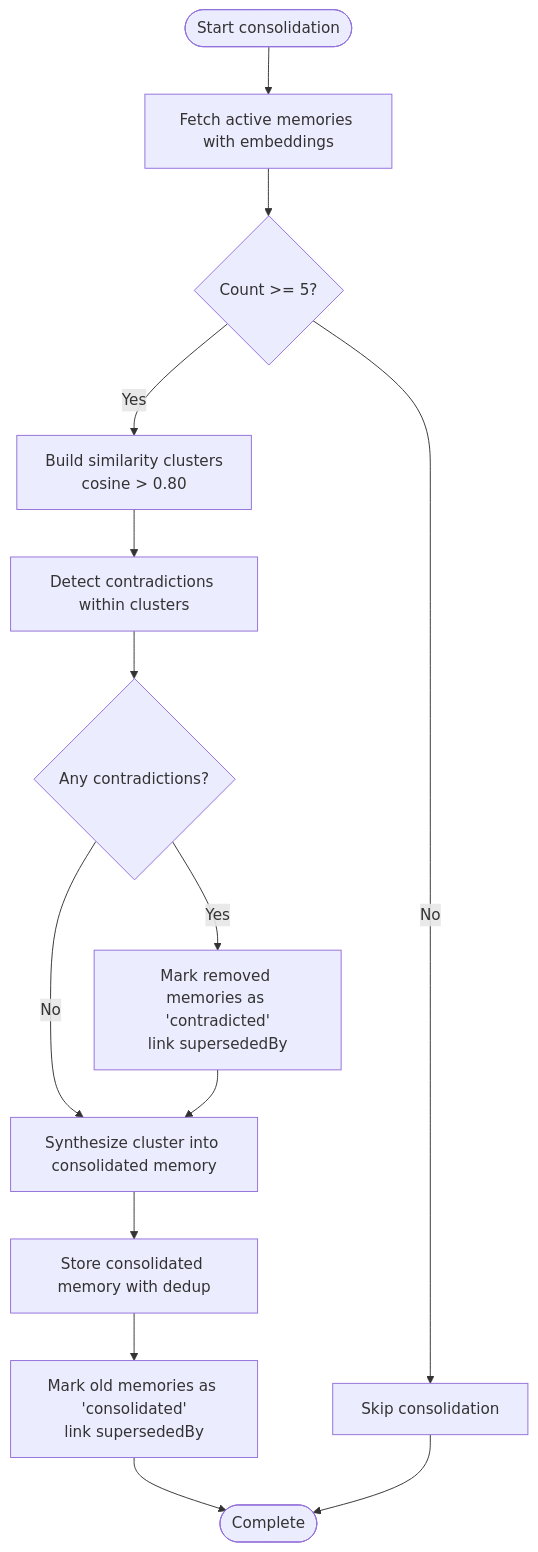
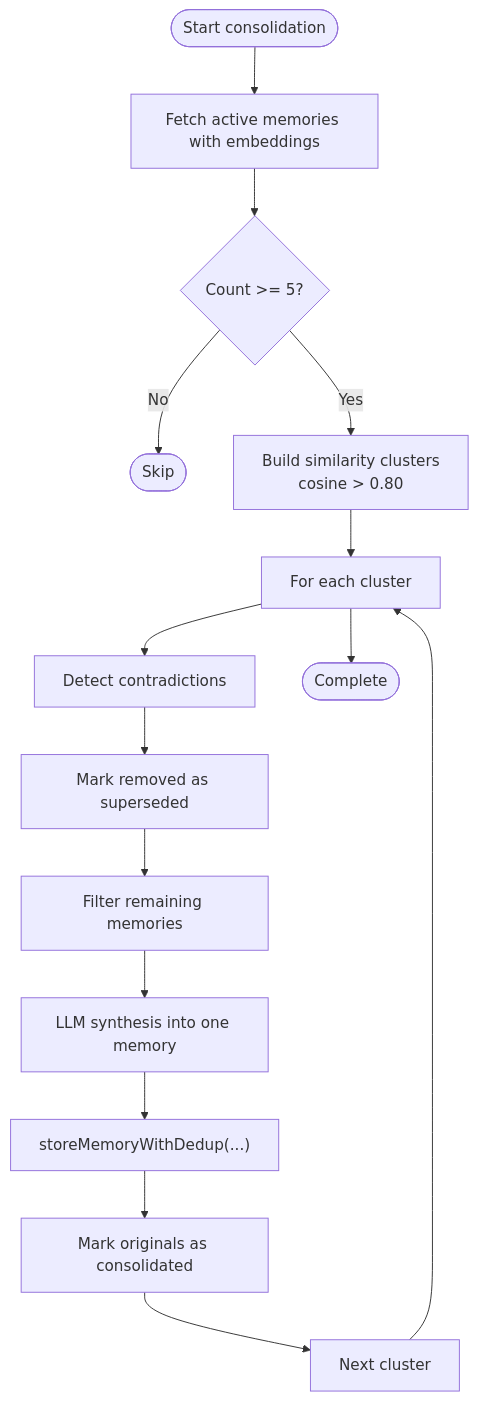
One commit to statgod6/4ever changed the third of 6 diagrams in .qoder/repowiki/en/content/Core Features/Thought & Memory System/Memory Consolidation & Retrieval.md. Above: the diagram before and after it, drawn with Mermaid. The commit also changed other lines of this file and 116 other files, not shown here.

````diff
--- a/.qoder/repowiki/en/content/Core Features/Thought & Memory System/Memory Consolidation & Retrieval.md
+++ b/.qoder/repowiki/en/content/Core Features/Thought & Memory System/Memory Consolidation & Retrieval.md
@@ -171,16 +184,17 @@
 ```mermaid
 flowchart TD
 Start(["Start consolidation"]) --> Fetch["Fetch active memories with embeddings"]
-Fetch --> Count{"Count >= 5?"}
-Count --> |No| Skip["Skip consolidation"]
-Count --> |Yes| Cluster["Build similarity clusters<br/>cosine > 0.80"]
-Cluster --> Contradictions["Detect contradictions within clusters"]
-Contradictions --> Resolve{"Any contradictions?"}
-Resolve --> |Yes| Mark["Mark removed memories as 'contradicted'<br/>link supersededBy"]
-Resolve --> |No| Merge
-Mark --> Merge["Synthesize cluster into consolidated memory"]
-Merge --> Store["Store consolidated memory with dedup"]
-Store --> Supersede["Mark old memories as 'consolidated'<br/>link supersededBy"]
-Supersede --> End(["Complete"])
-Skip --> End
+Fetch --> Enough{"Count >= 5?"}
+Enough --> |No| End(["Skip"])
+Enough --> |Yes| Cluster["Build similarity clusters<br/>cosine > 0.80"]
+Cluster --> ForEach["For each cluster"]
+ForEach --> Contradictions["Detect contradictions"]
+Contradictions --> Resolve["Mark removed as superseded"]
+Resolve --> Remaining["Filter remaining memories"]
+Remaining --> Synthesize["LLM synthesis into one memory"]
+Synthesize --> Store["storeMemoryWithDedup(...)"]
+Store --> Mark["Mark originals as consolidated"]
+Mark --> Next["Next cluster"]
+Next --> ForEach
+ForEach --> Done(["Complete"])
 ```
````
